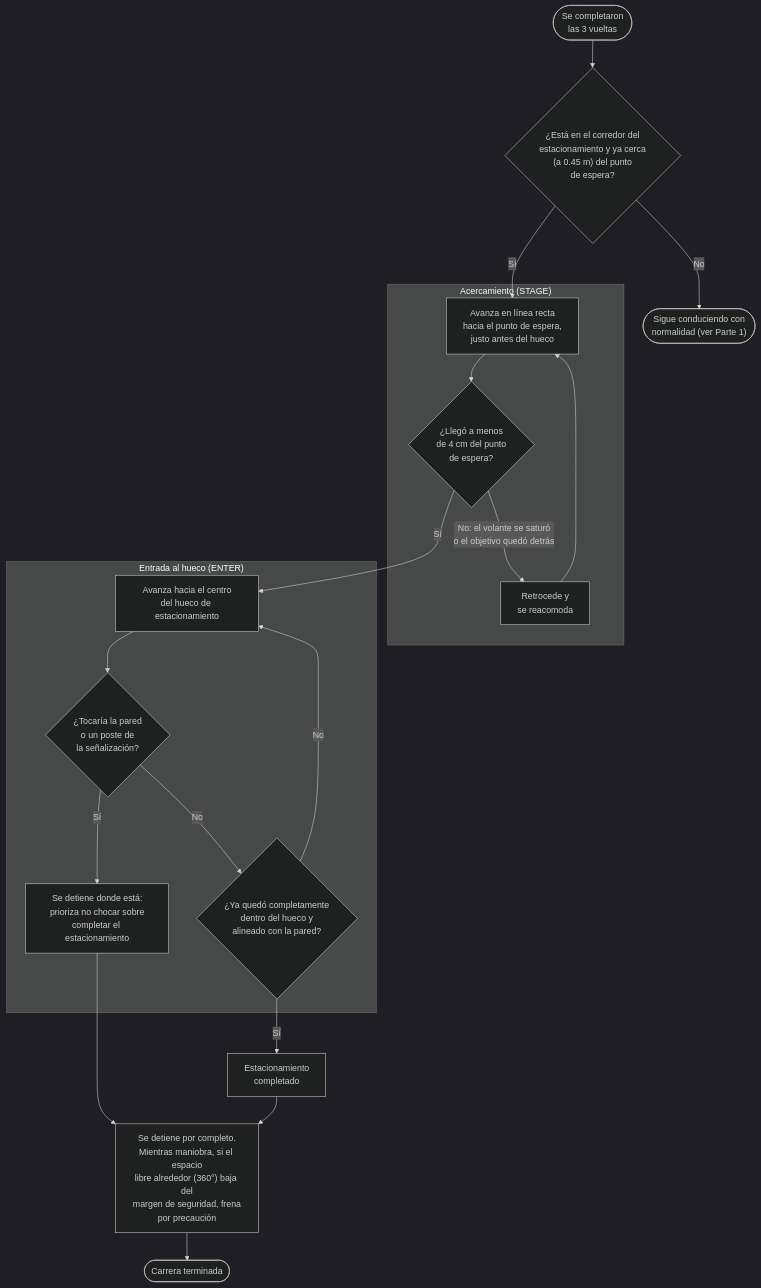
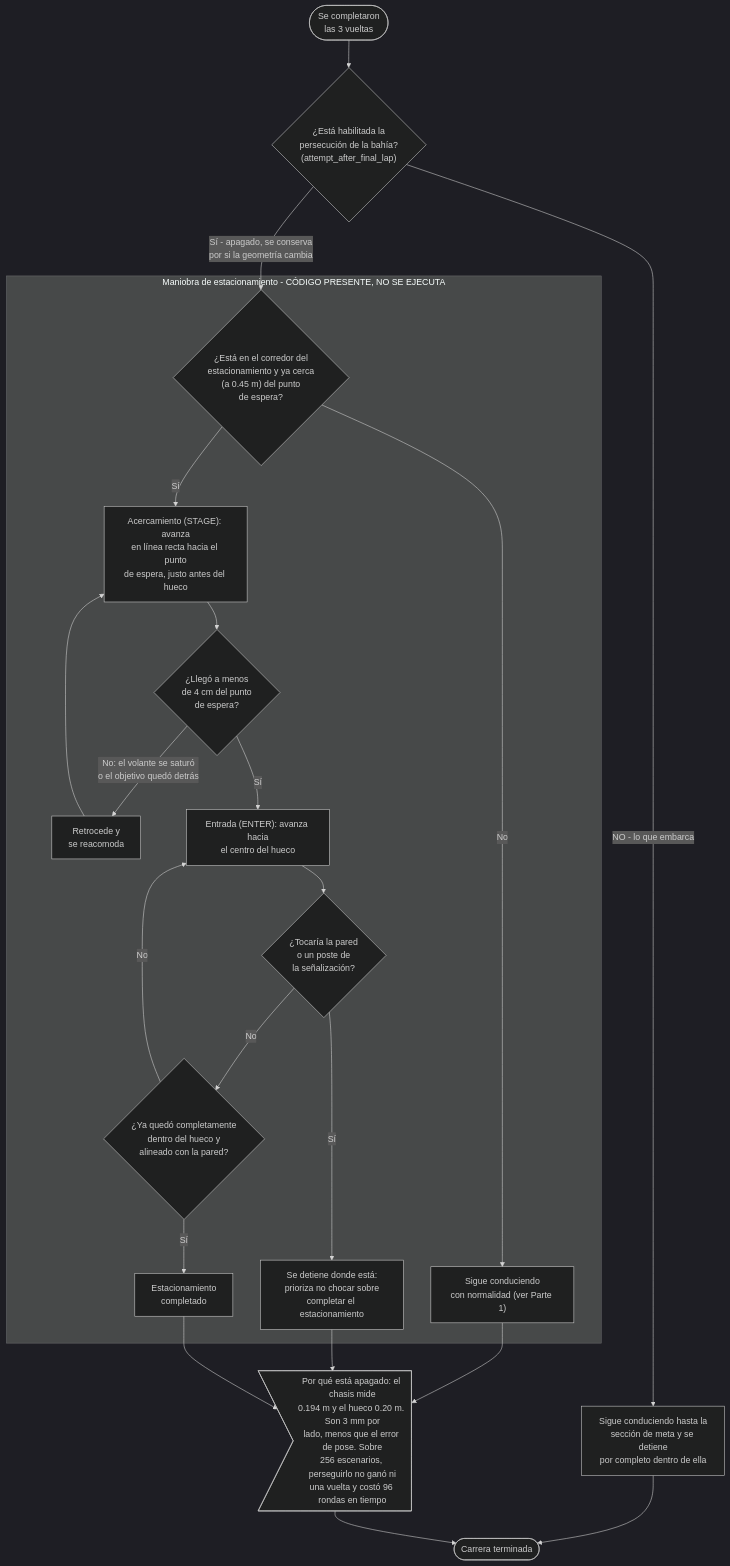
The diagram in schemes/flowcharts/obstacles/mermaid/flujo-parte2-estacionamiento.mmd (teamvoltimor/vtitan), drawn with Mermaid (dark theme) before and after one commit. The commit also changed 18 other files, not shown here.

First line of the commit message:
docs(nav): the flowcharts taught the pass-side rule backwards, and drew a state that never existed

```diff
--- a/schemes/flowcharts/obstacles/mermaid/flujo-parte2-estacionamiento.mmd
+++ b/schemes/flowcharts/obstacles/mermaid/flujo-parte2-estacionamiento.mmd
@@ -1,39 +1,66 @@
 %% Referencias de código (no se renderizan en el PNG, solo para mantenimiento futuro)
 %% Viene de: schemes/flowcharts/obstacles/mermaid/flujo-parte1-conduccion.mmd (última vuelta completada)
-%% ParkController: src/python/src/navigation/maneuvers/parking/
-%%   activación: core_navigator.py (_should_engage_parking) -- radio 0.45 m (ARC_RADIUS,
-%%     src/python/shared/src/config/navigation_tuning/waypoint.py), reutilizado como
-%%     distancia de espera al punto de staging del ParkController
-%%   STAGE: ParkController._handle_stage(); pos_reach_dist_m = 0.04 m, speed = 0.12 m/s
+%% Interruptor: src/config/navigation/parking/parking.toml
+%%   attempt_after_final_lap = false  <-- LO QUE EMBARCA
+%% Parada en la sección de meta: core_navigator.py (_handle_finish)
+%% ParkController (presente pero no invocado con el flag en false):
+%%   src/python/src/navigation/maneuvers/parking/
+%%   activación: core_navigator.py (_should_engage_parking) -- radio 0.45 m
+%%   STAGE: _handle_stage(); pos_reach_dist_m = 0.04 m, speed = 0.12 m/s
 %%   reposicionamiento: _pursue_with_reposition() / _start_reposition()
-%%   ENTER: ParkController._handle_enter(); wall_standoff_m = 0.05 m, marker_standoff_m = 0.01 m
+%%   ENTER: _handle_enter(); wall_standoff_m = 0.05 m, marker_standoff_m = 0.01 m
 %%   DONE: _footprint_inside() + comparación de yaw contra zone.target_yaw
-%%   -- valores en src/config/navigation/parking/parking.toml
-%% Chequeo de seguridad 360° durante el estacionamiento: core_navigator.py (_handle_finish)
+%% -
+%% REESCRITO 2026-09-10. La versión anterior dibujaba el estacionamiento como el
+%% final normal de la carrera. No lo es: attempt_after_final_lap = false, así que
+%% tras la última vuelta el robot se DETIENE EN LA SECCIÓN DE META y nunca entra
+%% al hueco. El diagrama describía código que existe pero no se ejecuta.
+%% -
+%% El motivo está medido, no es una tarea pendiente: la bahía es geométricamente
+%% inalcanzable -- 0.194 m de chasis contra 0.20 m de hueco, es decir 3 mm por
+%% lado, por debajo del error de pose. Sobre el corpus de 256, ciego, OFF vs ON:
+%% -
+%%     en tiempo   158 vs  62
+%%     colisiones    4 vs  51
+%%     timeouts     61 vs 110
+%%     laps>=3     159 vs 159   (idéntico: perseguir la bahía no gana vueltas)
+%% -
+%% O sea: perseguir el hueco no aportaba ni una vuelta y costaba 96 rondas en
+%% tiempo y 47 colisiones. Los puntos de estacionamiento (7 de 15) siguen sin
+%% cobrarse; los 7 del arranque EN bahía sí se cobran, y esos se ganan en la
+%% Parte 1, no aquí.
+%% -
+%% NOTA DE MEDICIÓN: la parada en la sección de meta embarca pero el SIMULADOR
+%% NO PUEDE VERLA, así que no busques su efecto en una tabla de corpus.
 
 flowchart TD
-    Start(["Se completaron<br/>las 3 vueltas"]) --> EngageCheck{"¿Está en el corredor del<br/>estacionamiento y ya cerca<br/>(a 0.45 m) del punto<br/>de espera?"}
-    EngageCheck -- "No" --> KeepDriving(["Sigue conduciendo con<br/>normalidad (ver Parte 1)"])
-    EngageCheck -- "Sí" --> Stage
+    Start(["Se completaron<br/>las 3 vueltas"]) --> Flag{"¿Está habilitada la<br/>persecución de la bahía?<br/>(attempt_after_final_lap)"}
 
-    subgraph FASE_STAGE["Acercamiento (STAGE)"]
-        Stage["Avanza en línea recta<br/>hacia el punto de espera,<br/>justo antes del hueco"] --> StageReach{"¿Llegó a menos<br/>de 4 cm del punto<br/>de espera?"}
+    Flag -- "NO - lo que embarca" --> FinishStop["Sigue conduciendo hasta la<br/>sección de meta y se detiene<br/>por completo dentro de ella"]
+    FinishStop --> End(["Carrera terminada"])
+
+    Flag -- "Sí - apagado, se conserva<br/>por si la geometría cambia" --> EngageCheck
+
+    subgraph DESHABILITADO["Maniobra de estacionamiento - CÓDIGO PRESENTE, NO SE EJECUTA"]
+        EngageCheck{"¿Está en el corredor del<br/>estacionamiento y ya cerca<br/>(a 0.45 m) del punto<br/>de espera?"}
+        EngageCheck -- "No" --> KeepDriving["Sigue conduciendo<br/>con normalidad (ver Parte 1)"]
+
+        EngageCheck -- "Sí" --> Stage["Acercamiento (STAGE): avanza<br/>en línea recta hacia el punto<br/>de espera, justo antes del hueco"]
+        Stage --> StageReach{"¿Llegó a menos<br/>de 4 cm del punto<br/>de espera?"}
         StageReach -- "No: el volante se saturó<br/>o el objetivo quedó detrás" --> Reposition["Retrocede y<br/>se reacomoda"]
         Reposition --> Stage
-    end
 
-    StageReach -- "Sí" --> Enter
-
-    subgraph FASE_ENTER["Entrada al hueco (ENTER)"]
-        Enter["Avanza hacia el centro<br/>del hueco de estacionamiento"] --> Breach{"¿Tocaría la pared<br/>o un poste de<br/>la señalización?"}
+        StageReach -- "Sí" --> Enter["Entrada (ENTER): avanza hacia<br/>el centro del hueco"]
+        Enter --> Breach{"¿Tocaría la pared<br/>o un poste de<br/>la señalización?"}
         Breach -- "Sí" --> GiveUp["Se detiene donde está:<br/>prioriza no chocar sobre<br/>completar el estacionamiento"]
         Breach -- "No" --> Inside{"¿Ya quedó completamente<br/>dentro del hueco y<br/>alineado con la pared?"}
         Inside -- "No" --> Enter
+        Inside -- "Sí" --> Done["Estacionamiento<br/>completado"]
     end
 
-    Inside -- "Sí" --> Done["Estacionamiento<br/>completado"]
+    Geo>"Por qué está apagado: el chasis mide<br/>0.194 m y el hueco 0.20 m. Son 3 mm por<br/>lado, menos que el error de pose. Sobre<br/>256 escenarios, perseguirlo no ganó ni<br/>una vuelta y costó 96 rondas en tiempo"]
 
-    GiveUp --> Finish
-    Done --> Finish
-
-    Finish["Se detiene por completo.<br/>Mientras maniobra, si el espacio<br/>libre alrededor (360°) baja del<br/>margen de seguridad, frena<br/>por precaución"] --> End(["Carrera terminada"])
+    KeepDriving --> Geo
+    GiveUp --> Geo
+    Done --> Geo
+    Geo --> End
```
